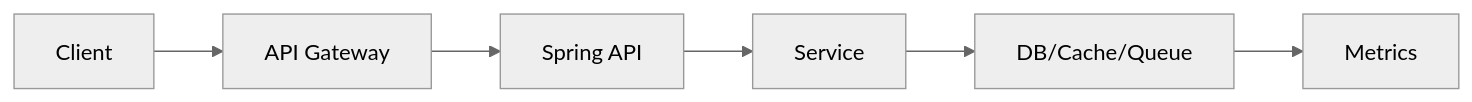
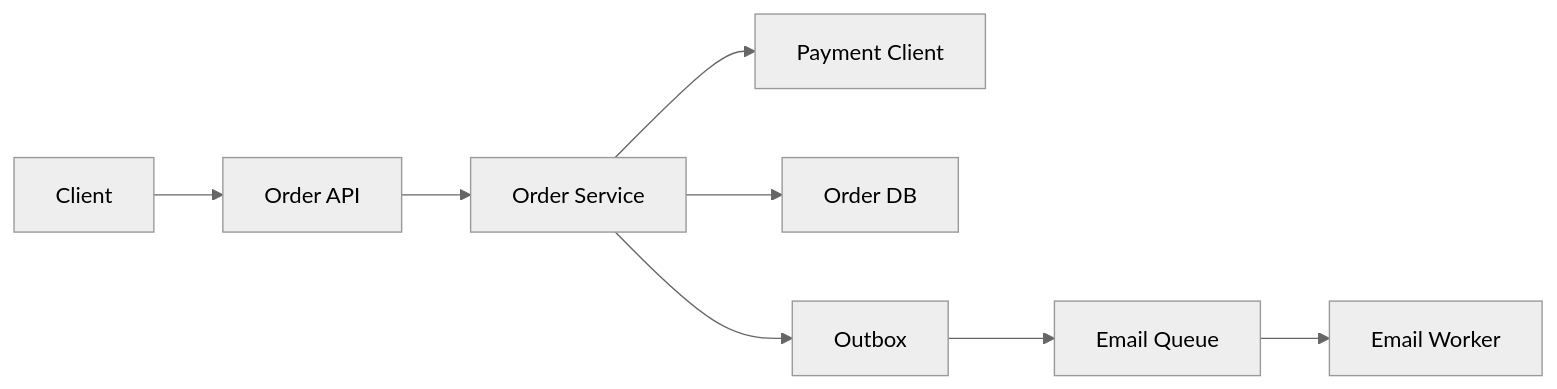
Before and after one commit to thisis-joe/thisis-joe.github.io: the diagram in content/System Design/01. System Design 전체 지도/01. 요구사항에서 구조로 가는 흐름 상세.md, drawn with Mermaid (neutral theme). The commit also changed other lines of this file and 595 other files, not shown here.

````diff
--- a/content/System Design/01. System Design 전체 지도/01. 요구사항에서 구조로 가는 흐름 상세.md
+++ b/content/System Design/01. System Design 전체 지도/01. 요구사항에서 구조로 가는 흐름 상세.md
@@ -42,8 +78,10 @@
 ```mermaid
 flowchart LR
-    A["Client"] --> B["API Gateway"]
-    B["API Gateway"] --> C["Spring API"]
-    C["Spring API"] --> D["Service"]
-    D["Service"] --> E["DB/Cache/Queue"]
-    E["DB/Cache/Queue"] --> F["Metrics"]
+    C["Client"] --> A["Order API"]
+    A --> S["Order Service"]
+    S --> P["Payment Client"]
+    S --> D["Order DB"]
+    S --> O["Outbox"]
+    O --> Q["Email Queue"]
+    Q --> E["Email Worker"]
 ```
````
